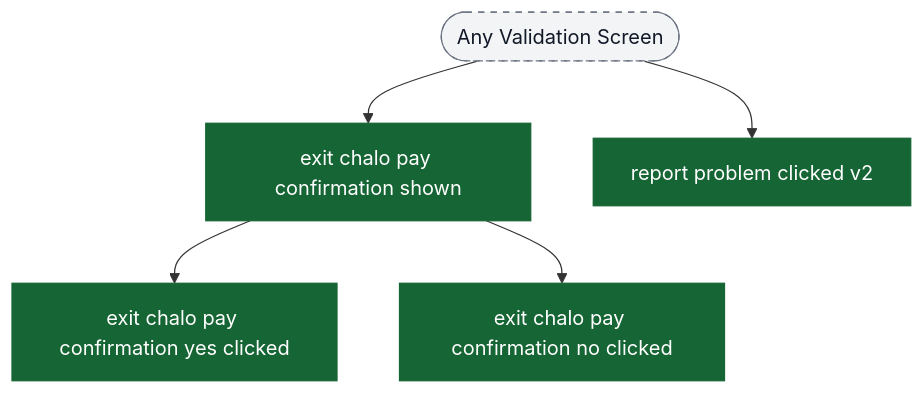
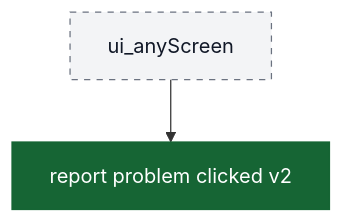
The seventh of 9 diagrams in content/analytics/ondc-bus/flow-diagrams.md (ratulsarna/chalo-app-dashboard), drawn with Mermaid before and after one commit. The commit also changed other lines of this file and 1 other file, not shown here.

Commit message:
feat(analytics): update ONDC bus event descriptions and flow diagrams for improved clarity and accuracy

````diff
--- a/content/analytics/ondc-bus/flow-diagrams.md
+++ b/content/analytics/ondc-bus/flow-diagrams.md
@@ -136,14 +135,10 @@
 ```mermaid
 flowchart TD
-  ui_anyScreen([Any Validation Screen]) --> ev_backShown["exit chalo pay confirmation shown"]
-  ev_backShown --> ev_backYes["exit chalo pay confirmation yes clicked"]
-  ev_backShown --> ev_backNo["exit chalo pay confirmation no clicked"]
-
   ui_anyScreen --> ev_reportProblem["report problem clicked v2"]
 
   classDef event fill:#166534,stroke:#166534,color:#ffffff;
   classDef ui fill:#f3f4f6,stroke:#6b7280,stroke-dasharray: 5 5,color:#111827;
 
-  class ev_backShown,ev_backYes,ev_backNo,ev_reportProblem event;
+  class ev_reportProblem event;
   class ui_anyScreen ui;
 ```
````
